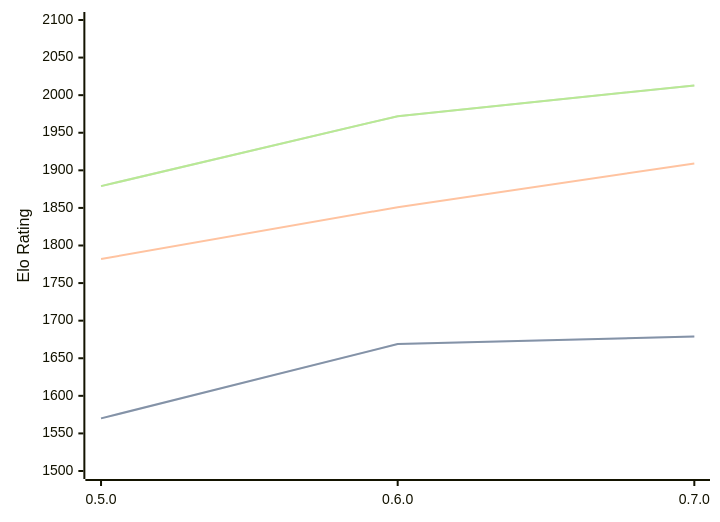
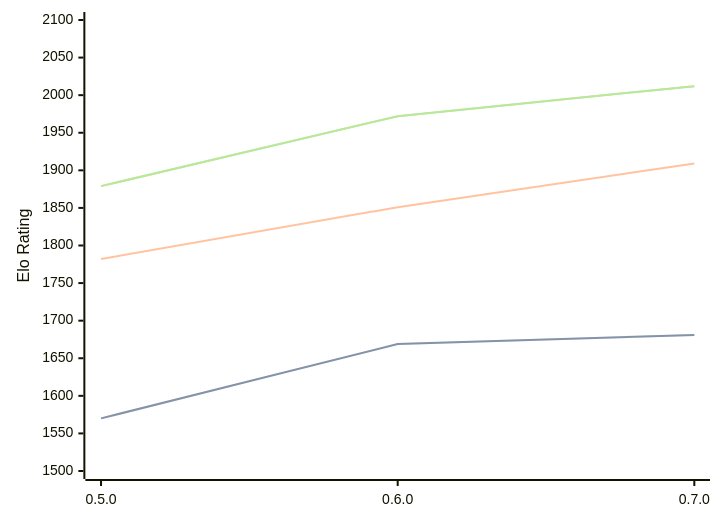
Before and after one commit to computer-chess-index/cci: the diagram in engines/Chess-rs.md, drawn with Mermaid. The commit also changed other lines of this file, not shown here.

Commit message:
Update CCI Ratings (ELO VLTC) - 2026-07-28

````diff
--- a/engines/Chess-rs.md
+++ b/engines/Chess-rs.md
@@ -41,11 +41,11 @@
 ```mermaid
 %%{init: {"theme":"base","themeVariables":{"seriesColors:['#a3a3a3','#222221','#faa371']}}}%%
 xychart-beta
   x-axis ["0.5.0", "0.6.0", "0.7.0"]
   y-axis "Elo Rating" 1500 --> 2100
-  line "STC (8.0+0.08s)" [1570, 1669, 1679]
-  line "STC (8.0+0.08s)" [1570, 1669, 1679]
+  line "STC (8.0+0.08s)" [1570, 1669, 1681]
+  line "STC (8.0+0.08s)" [1570, 1669, 1681]
   line "LTC (60.0+0.60s)" [1782, 1851, 1909]
-  line "VLTC (2m24s+1.12s)" [1879, 1972, 2013]
-  line "VLTC (2m24s+1.12s)" [1879, 1972, 2013]
+  line "VLTC (2m24s+1.12s)" [1879, 1972, 2012]
+  line "VLTC (2m24s+1.12s)" [1879, 1972, 2012]
 ```
````
